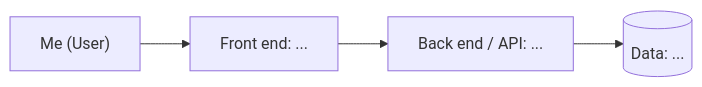
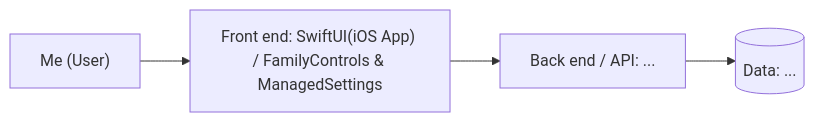
Before and after one commit to amontilla101/my-product: the diagram in README.md, drawn with Mermaid.

Commit message:
Update architecture sketch in README

````diff
--- a/README.md
+++ b/README.md
@@ -115,6 +115,6 @@
 ```mermaid
 flowchart LR
-  U["Me (User)"] --> FE["Front end: ..."]
+  U["Me (User)"] --> FE["Front end: SwiftUI(iOS App) / FamilyControls & ManagedSettings"]
   FE --> API["Back end / API: ..."]
   API --> DB[("Data: ...")]
 ```
````
